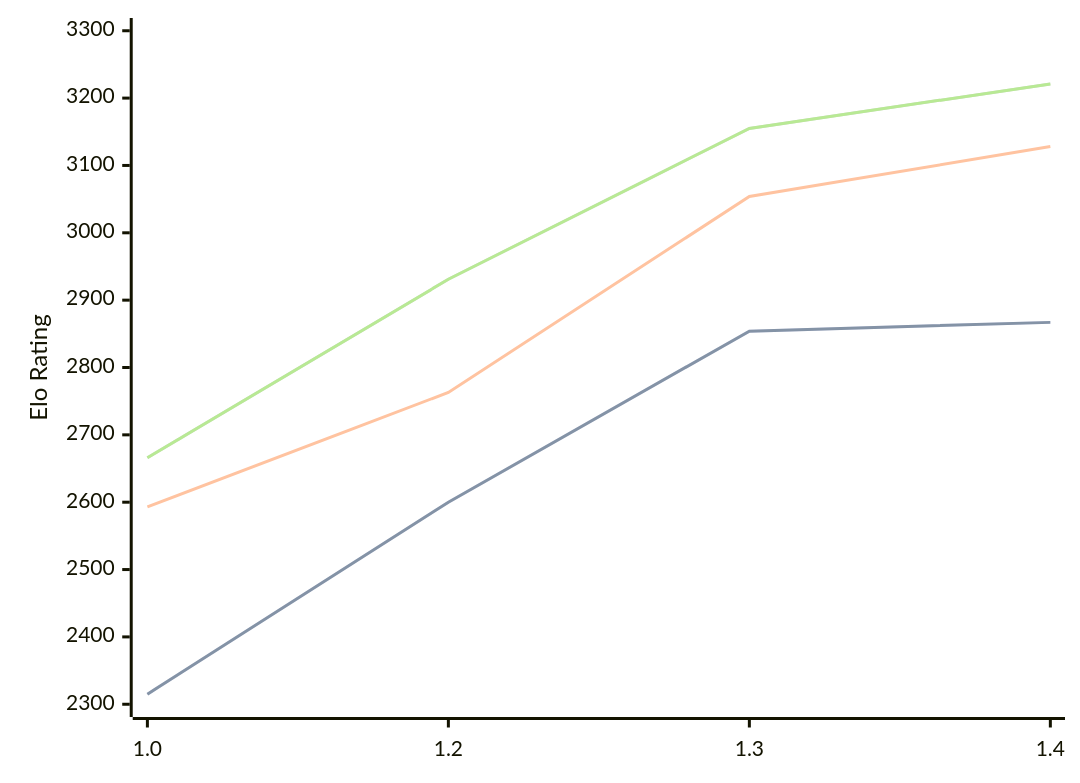
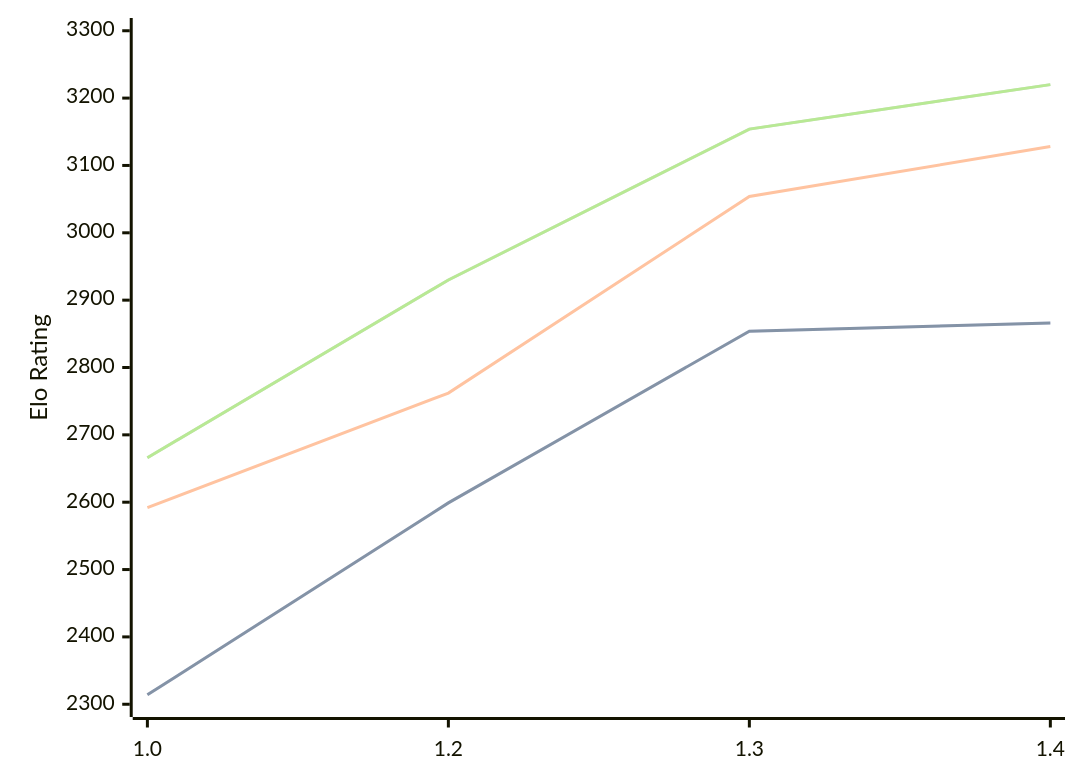
Before and after one commit to computer-chess-index/cci: the diagram in engines/Chessnix.md, drawn with Mermaid. The commit also changed other lines of this file, not shown here.

Commit message:
Update CCI Ratings (ELO VLTC) - 2026-08-04

````diff
--- a/engines/Chessnix.md
+++ b/engines/Chessnix.md
@@ -36,11 +36,11 @@
 ```mermaid
 %%{init: {"theme":"base","themeVariables":{"seriesColors:['#a3a3a3','#222221','#faa371']}}}%%
 xychart-beta
   x-axis ["1.0", "1.2", "1.3", "1.4"]
   y-axis "Elo Rating" 2300 --> 3300
-  line "STC (8.0+0.08s)" [2315, 2600, 2854, 2867]
-  line "STC (8.0+0.08s)" [2315, 2600, 2854, 2867]
-  line "LTC (60.0+0.60s)" [2593, 2763, 3054, 3128]
-  line "VLTC (2m24s+1.12s)" [2666, 2931, 3155, 3221]
-  line "VLTC (2m24s+1.12s)" [2666, 2931, 3155, 3221]
+  line "STC (8.0+0.08s)" [2314, 2599, 2854, 2866]
+  line "STC (8.0+0.08s)" [2314, 2599, 2854, 2866]
+  line "LTC (60.0+0.60s)" [2592, 2762, 3054, 3128]
+  line "VLTC (2m24s+1.12s)" [2666, 2930, 3154, 3220]
+  line "VLTC (2m24s+1.12s)" [2666, 2930, 3154, 3220]
 ```
````
